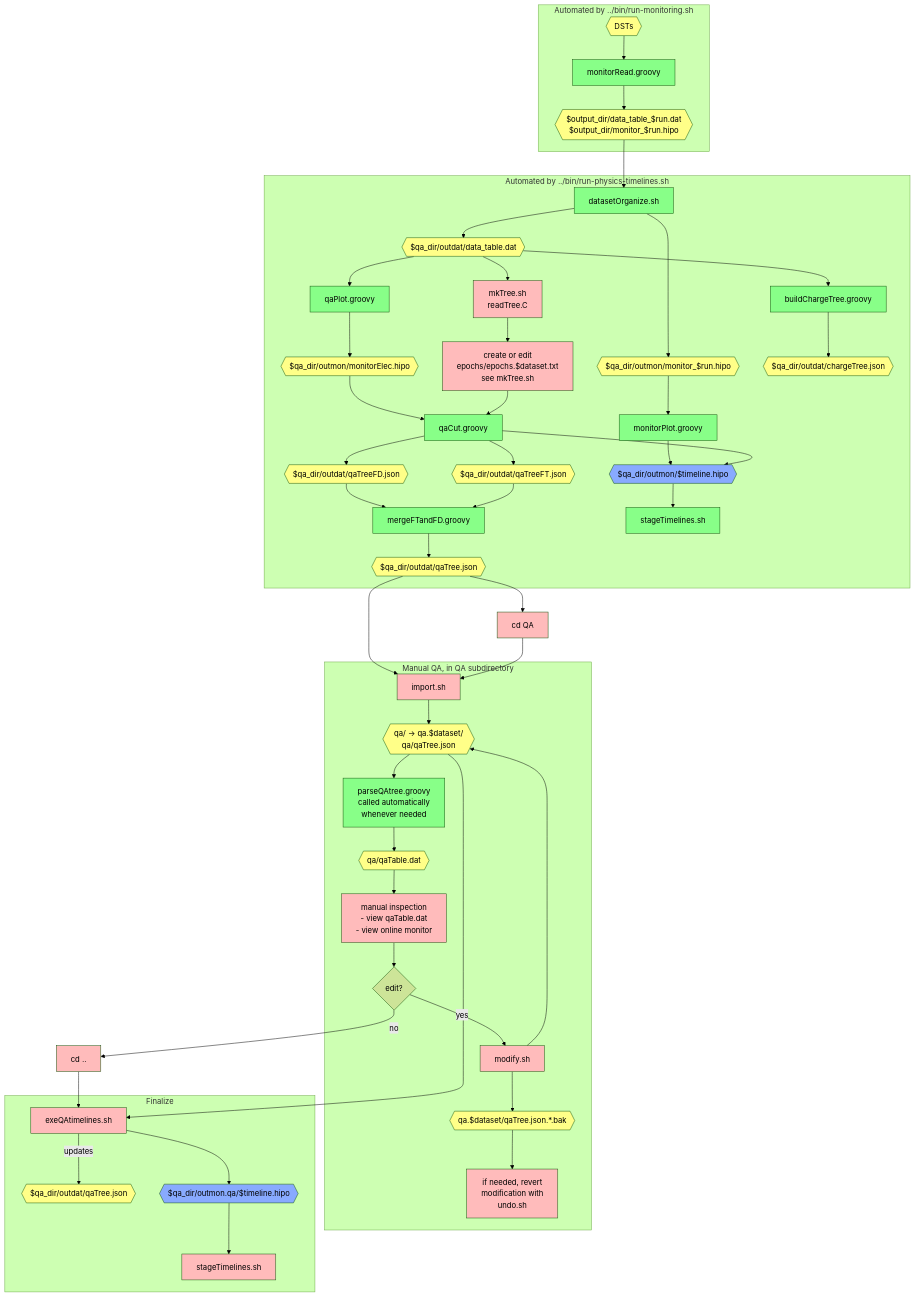
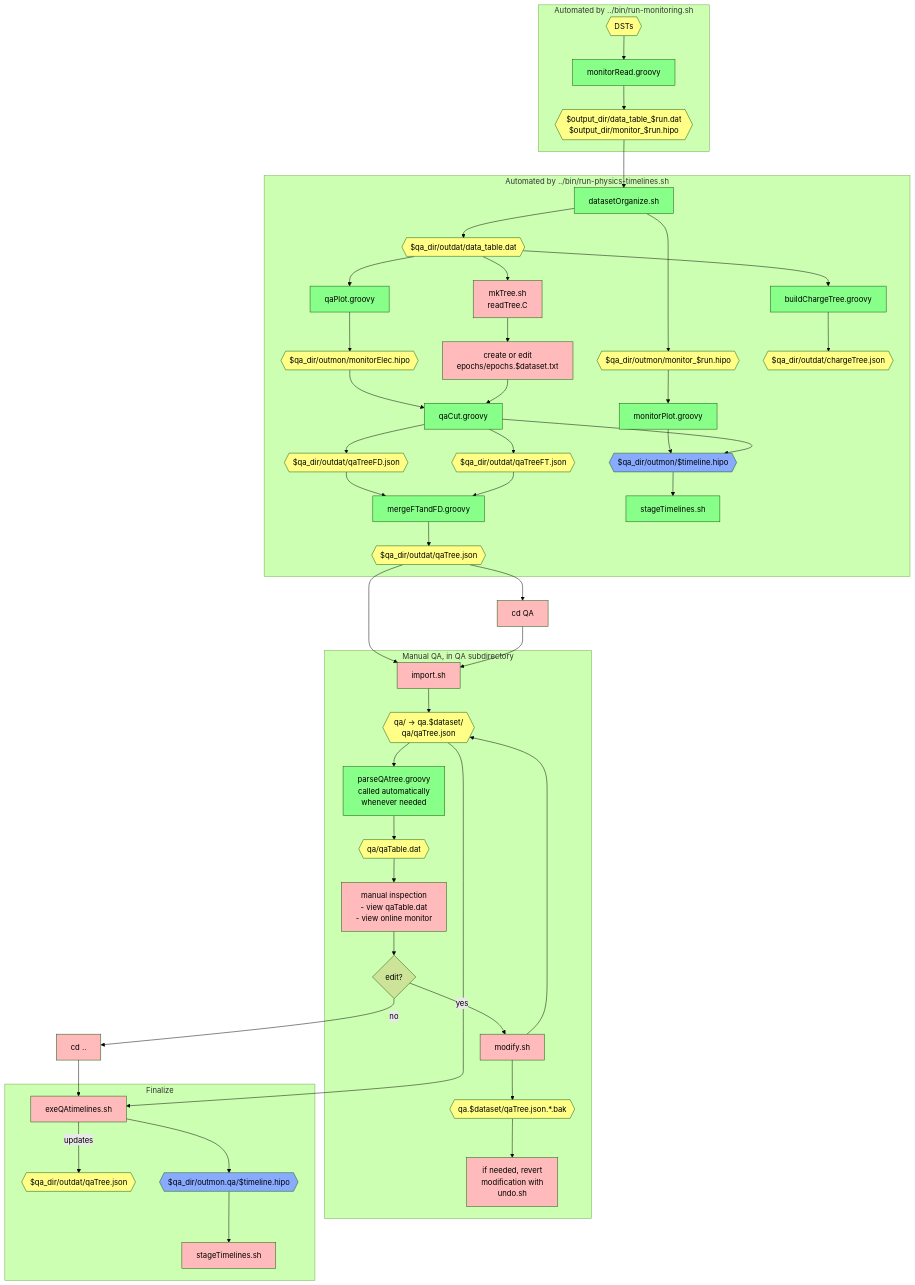
The second of 2 diagrams in qa-physics/docs/docDiagram.md (JeffersonLab/clas12-timeline), drawn with Mermaid (forest theme) before and after one commit.

Commit message:
fix: remove extra line

```diff
--- a/qa-physics/docs/docDiagram.md
+++ b/qa-physics/docs/docDiagram.md
@@ -50,7 +50,7 @@
 
       qaPlot[qaPlot.groovy]:::auto
       outdatFiles --> mkTree[mkTree.sh<br />readTree.C]:::manual
-      mkTree --> createEpochs[create or edit<br>epochs/epochs.$dataset.txt<br>see mkTree.sh]:::manual
+      mkTree --> createEpochs[create or edit<br>epochs/epochs.$dataset.txt]:::manual
       monitorElec{{$qa_dir/outmon/monitorElec.hipo}}:::data
       outdatFiles --> qaPlot
       qaPlot --> monitorElec
```
